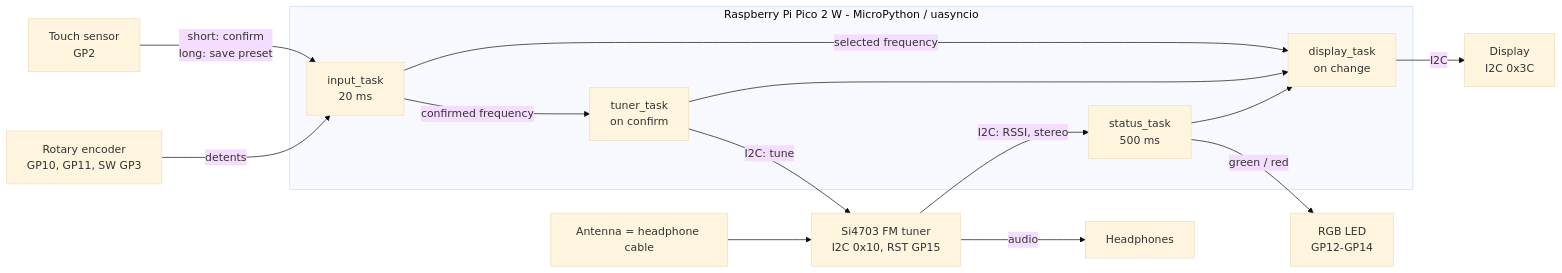
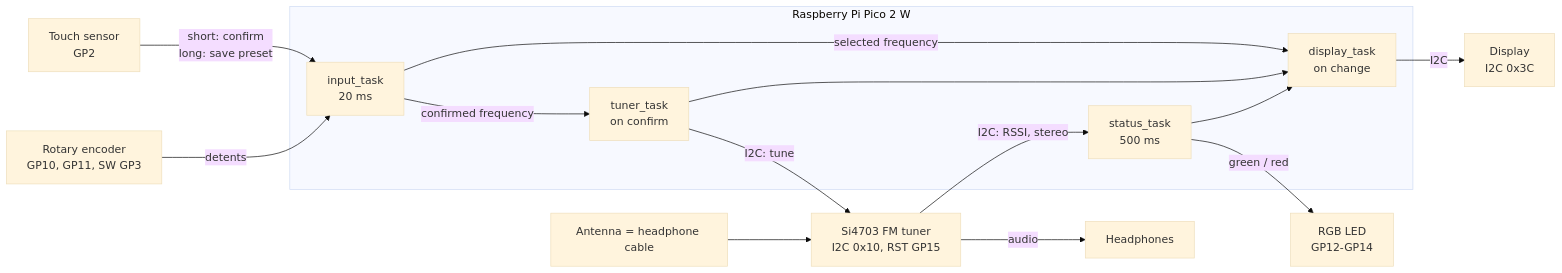
Before and after one commit to ProjektDE1/FM-radio-receiver-with-digital-tuning: the diagram in README.md, drawn with Mermaid (base theme). The commit also changed other lines of this file, not shown here.

````diff
--- a/README.md
+++ b/README.md
@@ -28,31 +28,31 @@
 ```mermaid
 flowchart LR
     ENC[Rotary encoder<br/>GP10, GP11, SW GP3]
     TOUCH[Touch sensor<br/>GP2]
 
-    subgraph PICO[Raspberry Pi Pico 2 W - MicroPython / uasyncio]
+    subgraph PICO[Raspberry Pi Pico 2 W]
         IN[input_task<br/>20 ms]
         TUN[tuner_task<br/>on confirm]
         ST[status_task<br/>500 ms]
         DISP[display_task<br/>on change]
     end
 
     FM[Si4703 FM tuner<br/>I2C 0x10, RST GP15]
     OLED[Display<br/>I2C 0x3C]
     LED[RGB LED<br/>GP12-GP14]
     HP[Headphones]
     ANT[Antenna = headphone cable]
 
     ENC -->|detents| IN
     TOUCH -->|short: confirm<br/>long: save preset| IN
     IN -->|confirmed frequency| TUN
     IN -->|selected frequency| DISP
     TUN -->|I2C: tune| FM
     FM -->|I2C: RSSI, stereo| ST
     ST -->|green / red| LED
     ST --> DISP
     TUN --> DISP
     DISP -->|I2C| OLED
     ANT --> FM
     FM -->|audio| HP
 ```
````
